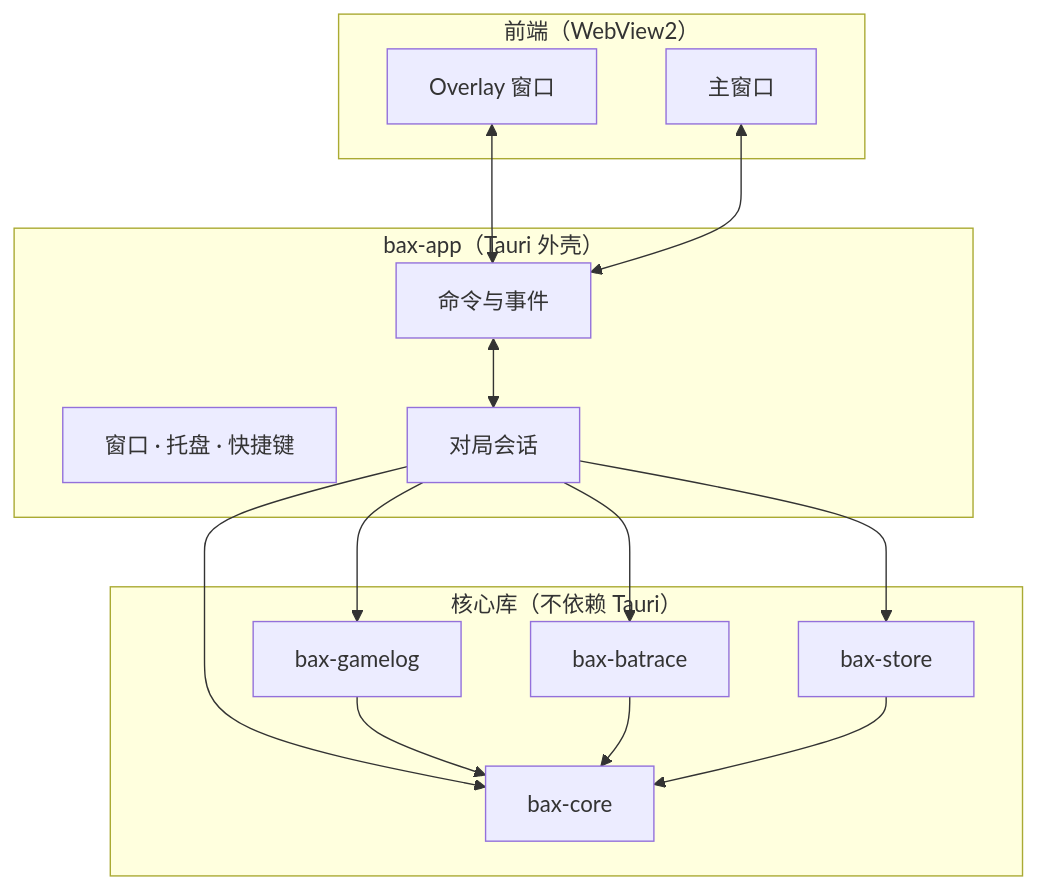
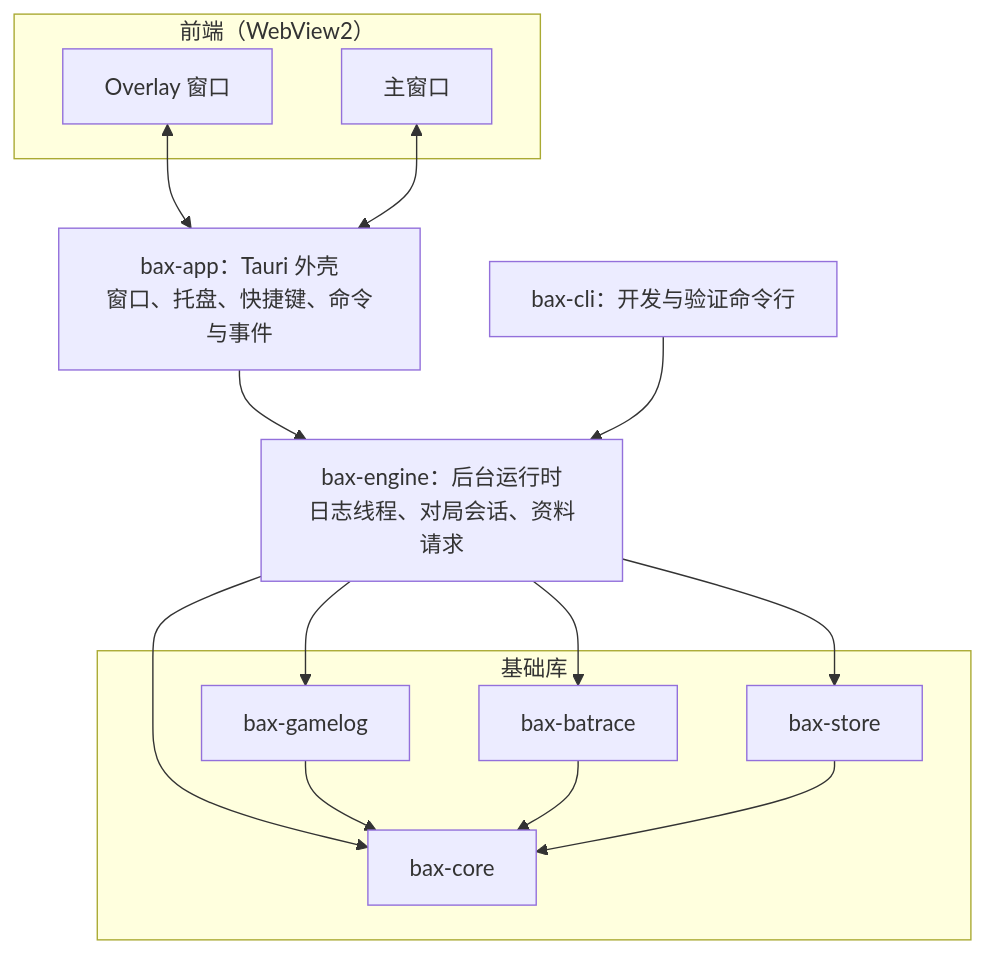
The second of 4 diagrams in docs/architecture/overview.md (JohnJinHM/BAX), drawn with Mermaid before and after one commit. The commit also changed other lines of this file and 14 other files, not shown here.

First line of the commit message:
feat(engine): 后台运行时 bax-engine

````diff
--- a/docs/architecture/overview.md
+++ b/docs/architecture/overview.md
@@ -33,28 +33,27 @@
 ```mermaid
 flowchart TB
     subgraph fe["前端（WebView2）"]
         ov["Overlay 窗口"]
         mw["主窗口"]
     end
-    subgraph app["bax-app（Tauri 外壳）"]
-        shell["窗口 · 托盘 · 快捷键"]
-        ipc["命令与事件"]
-        ses["对局会话"]
-    end
-    subgraph lib["核心库（不依赖 Tauri）"]
+    app["bax-app：Tauri 外壳<br/>窗口、托盘、快捷键、命令与事件"]
+    cli["bax-cli：开发与验证命令行"]
+    engine["bax-engine：后台运行时<br/>日志线程、对局会话、资料请求"]
+    subgraph lib["基础库"]
         gamelog["bax-gamelog"]
         batrace["bax-batrace"]
         store["bax-store"]
         core["bax-core"]
     end
-    ov <--> ipc
-    mw <--> ipc
-    ipc <--> ses
-    ses --> gamelog
-    ses --> batrace
-    ses --> store
-    ses --> core
+    ov <--> app
+    mw <--> app
+    app --> engine
+    cli --> engine
+    engine --> gamelog
+    engine --> batrace
+    engine --> store
+    engine --> core
     gamelog --> core
     batrace --> core
     store --> core
 ```
````
